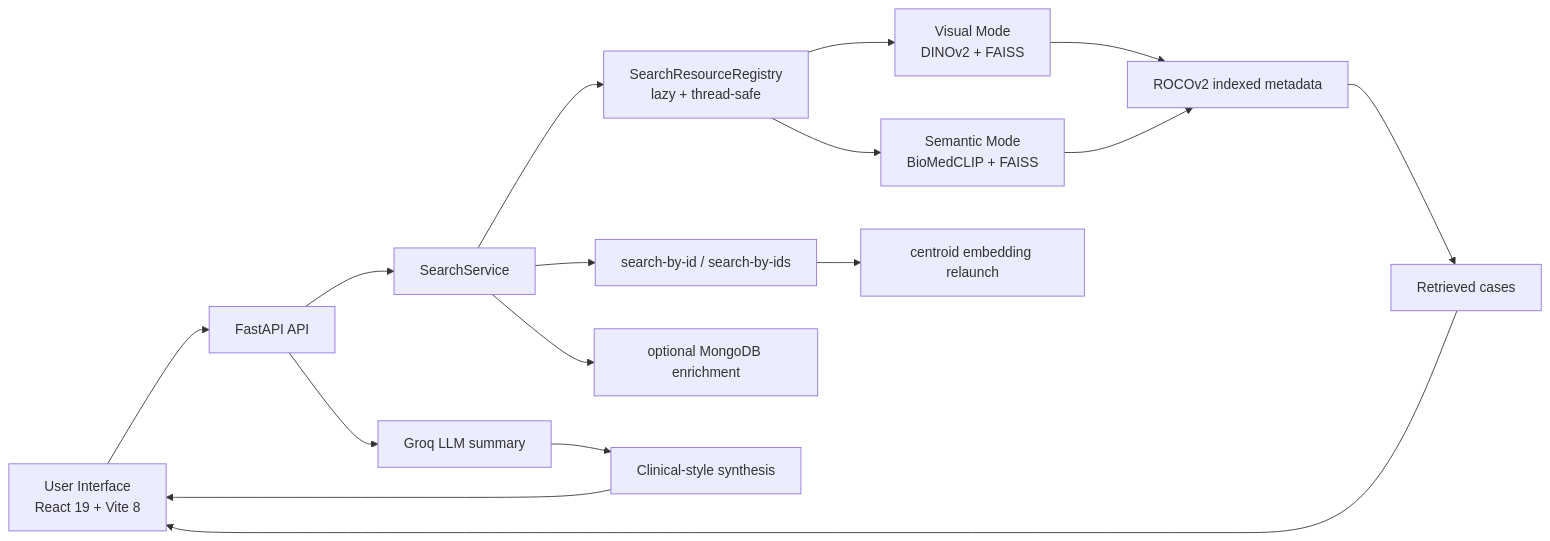
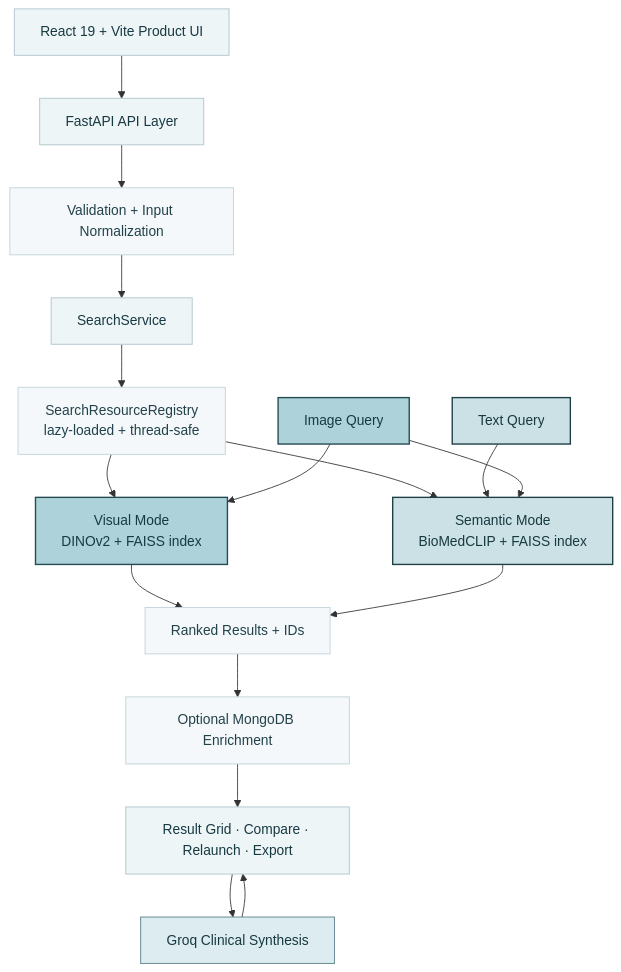
One commit to MediscanAI-cbir/mediscan-cbir changed the diagram in README.md. Above: the diagram before and after it, drawn with Mermaid. The commit also changed other lines of this file, not shown here.

Commit message:
docs: strengthen product-facing README showcase

````diff
--- a/README.md
+++ b/README.md
@@ -164,23 +163,28 @@
 ```mermaid
-flowchart LR
-    A["User Interface<br/>React 19 + Vite 8"] --> B["FastAPI API"]
-    B --> C["SearchService"]
-    C --> D["SearchResourceRegistry<br/>lazy + thread-safe"]
+flowchart TB
+    classDef hero fill:#eef5f7,stroke:#b8cbd0,color:#173941,stroke-width:1.2px;
+    classDef visual fill:#add2d9,stroke:#244a54,color:#173b43,stroke-width:1.6px;
+    classDef semantic fill:#cce1e5,stroke:#1d4047,color:#173941,stroke-width:1.6px;
+    classDef support fill:#f4f8fa,stroke:#c5d5da,color:#22424a,stroke-width:1.1px;
+    classDef ai fill:#dcecf0,stroke:#6f8f98,color:#173941,stroke-width:1.2px;
 
-    D --> E["Visual Mode<br/>DINOv2 + FAISS"]
-    D --> F["Semantic Mode<br/>BioMedCLIP + FAISS"]
+    UI["React 19 + Vite Product UI"]:::hero --> API["FastAPI API Layer"]:::hero
+    API --> VALID["Validation + Input Normalization"]:::support
+    VALID --> SERVICE["SearchService"]:::hero
+    SERVICE --> REGISTRY["SearchResourceRegistry<br/>lazy-loaded + thread-safe"]:::support
 
-    E --> G["ROCOv2 indexed metadata"]
-    F --> G
+    REGISTRY --> VINDEX["Visual Mode<br/>DINOv2 + FAISS index"]:::visual
+    REGISTRY --> SINDEX["Semantic Mode<br/>BioMedCLIP + FAISS index"]:::semantic
 
-    C --> H["search-by-id / search-by-ids"]
-    H --> I["centroid embedding relaunch"]
+    TEXT["Text Query"]:::semantic --> SINDEX
+    IMAGE["Image Query"]:::visual --> VINDEX
+    IMAGE --> SINDEX
 
-    B --> J["Groq LLM summary"]
-    C --> K["optional MongoDB enrichment"]
+    VINDEX --> RESULTS["Ranked Results + IDs"]:::support
+    SINDEX --> RESULTS
 
-    G --> L["Retrieved cases"]
-    J --> M["Clinical-style synthesis"]
-    L --> A
-    M --> A
+    RESULTS --> ENRICH["Optional MongoDB Enrichment"]:::support
+    ENRICH --> UX["Result Grid · Compare · Relaunch · Export"]:::hero
+    UX --> LLM["Groq Clinical Synthesis"]:::ai
+    LLM --> UX
 ```
````
